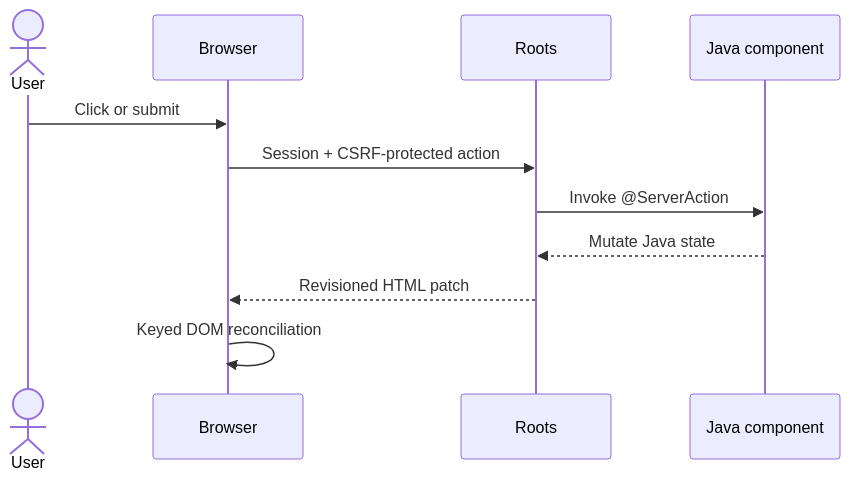
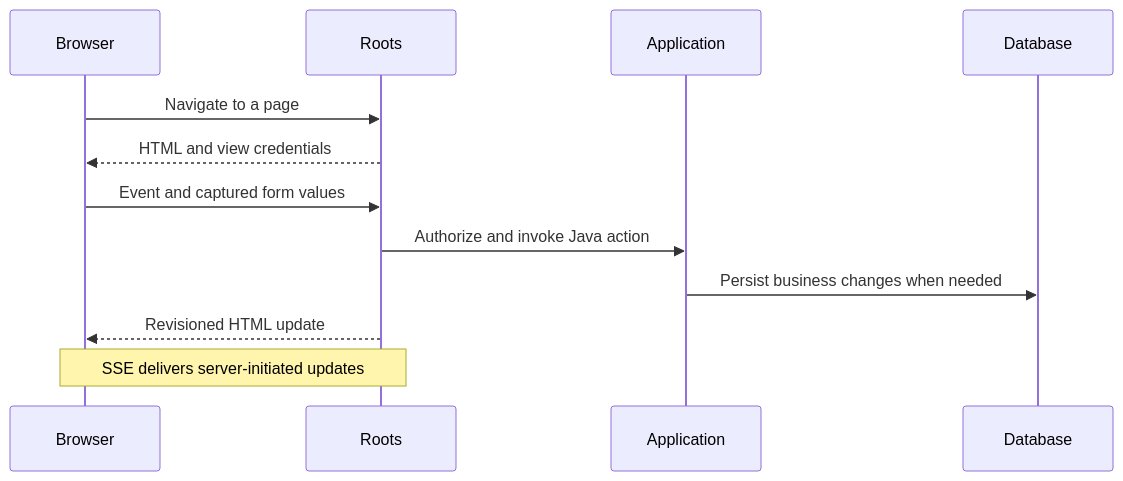
The diagram in README.md (chaplinkyle/roots), drawn with Mermaid before and after one commit. The commit also changed other lines of this file and 910 other files, not shown here.

First line of the commit message:
Define Roots and prepare the canonical Java framework for publication

````diff
--- a/README.md
+++ b/README.md
@@ -142,14 +90,10 @@
 ```mermaid
 sequenceDiagram
-    actor User
-    participant Browser
-    participant Roots
-    participant Component as Java component
-
-    User->>Browser: Click or submit
-    Browser->>Roots: Session + CSRF-protected action
-    Roots->>Component: Invoke @ServerAction
-    Component-->>Roots: Mutate Java state
-    Roots-->>Browser: Revisioned HTML patch
-    Browser->>Browser: Keyed DOM reconciliation
+    Browser->>Roots: Navigate to a page
+    Roots-->>Browser: HTML and view credentials
+    Browser->>Roots: Event and captured form values
+    Roots->>Application: Authorize and invoke Java action
+    Application->>Database: Persist business changes when needed
+    Roots-->>Browser: Revisioned HTML update
+    Note over Roots,Browser: SSE delivers server-initiated updates
 ```
````
